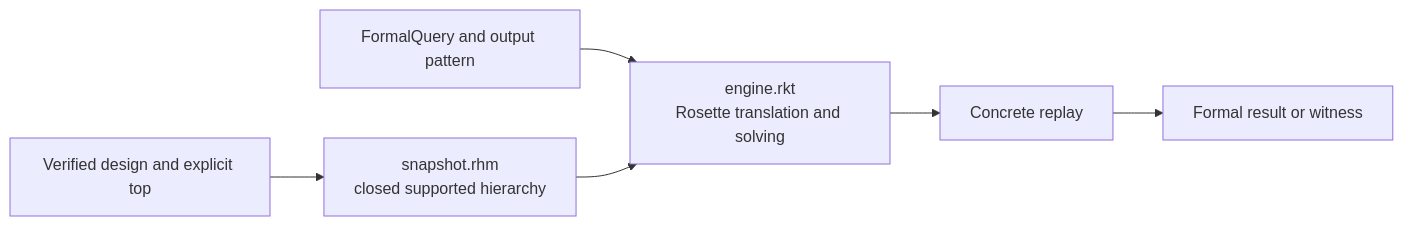
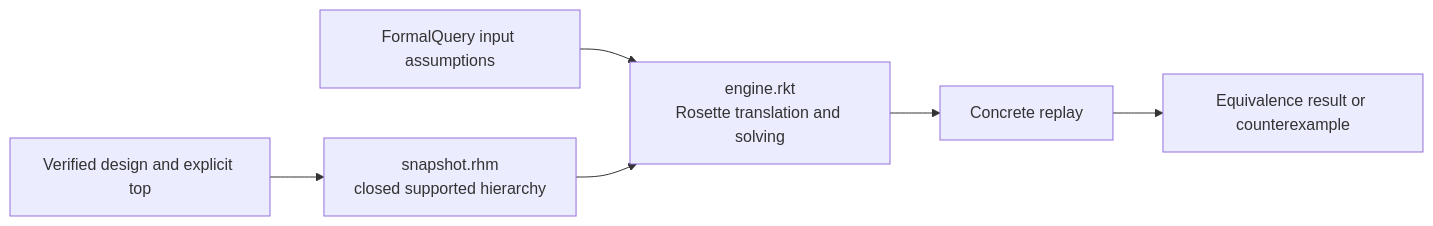
Before and after one commit to jerryz123/rhodium: the diagram in rhodium/formal/DEVELOPING.md, drawn with Mermaid. The commit also changed other lines of this file and 23 other files, not shown here.

````diff
--- a/rhodium/formal/DEVELOPING.md
+++ b/rhodium/formal/DEVELOPING.md
@@ -17,8 +17,8 @@
 ```mermaid
 flowchart LR
   Subject["Verified design and explicit top"] --> Snapshot["snapshot.rhm<br/>closed supported hierarchy"]
-  Query["FormalQuery and output pattern"] --> Engine["engine.rkt<br/>Rosette translation and solving"]
+  Query["FormalQuery input assumptions"] --> Engine["engine.rkt<br/>Rosette translation and solving"]
   Snapshot --> Engine
   Engine --> Replay["Concrete replay"]
-  Replay --> Result["Formal result or witness"]
+  Replay --> Result["Equivalence result or counterexample"]
 ```
````
